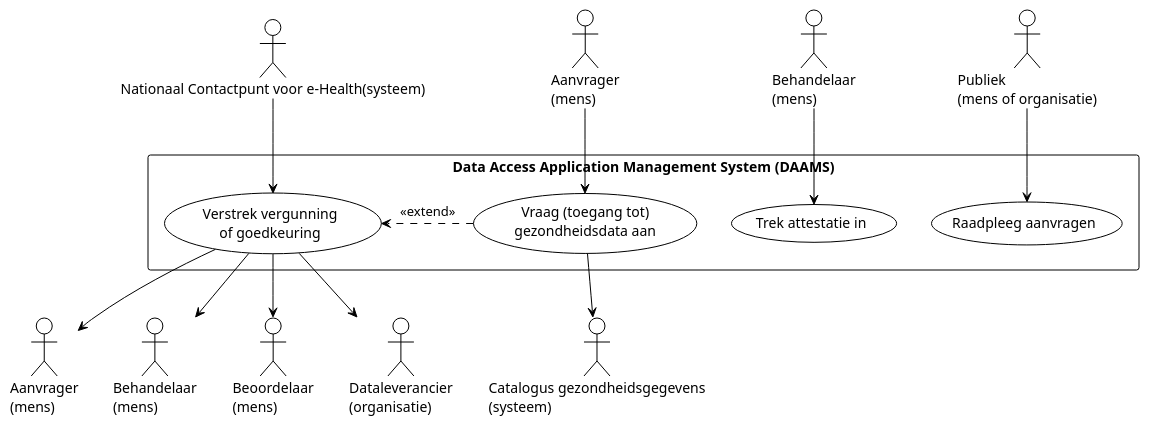
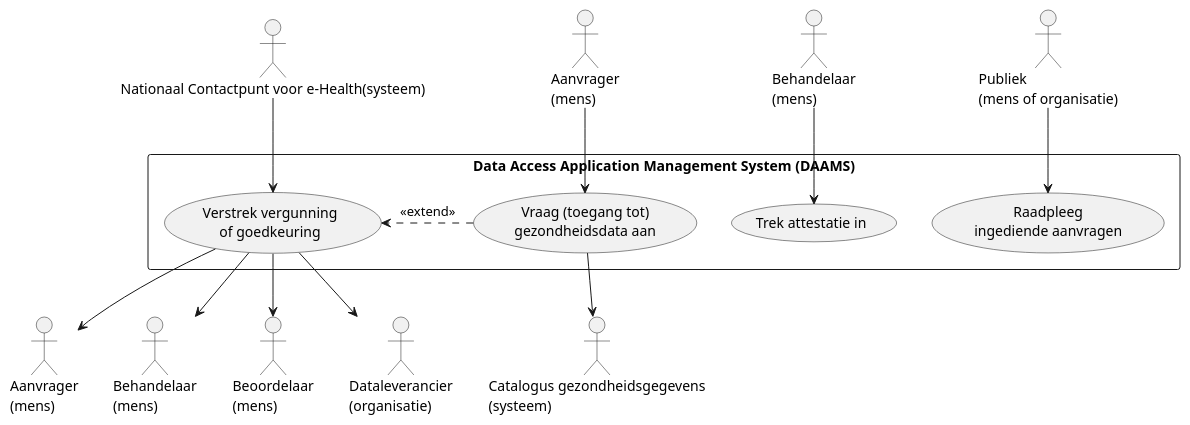
One commit to Health-RI/data-station-specification changed the first of 2 diagrams in docs/architectuur/aanvragen.md. Above: the diagram before and after it, drawn with PlantUML. The commit also changed other lines of this file and 2 other files, not shown here.

````diff
--- a/docs/architectuur/aanvragen.md
+++ b/docs/architectuur/aanvragen.md
@@ -26,36 +26,35 @@
 ```puml
 @startuml
-!theme plain
 
 actor "Nationaal Contactpunt voor e-Health(systeem)" as MSB
 actor "Aanvrager\n(mens)" as HDA_I
 actor "Aanvrager\n(mens)" as HDA_O
 actor "Behandelaar\n(mens)" as AC_I
 actor "Behandelaar\n(mens)" as AC_O
 actor "Beoordelaar\n(mens)" as AA
-actor "Dataleverancier\n(organisatie)" as DH
+actor "Dataleverancier\n(organisatie)" as DL
 actor "Catalogus gezondheidsgegevens\n(systeem)" as DC
-actor "Publiek\n(mens of organisatie)" as B
+actor "Publiek\n(mens of organisatie)" as P
 
 rectangle "Data Access Application Management System (DAAMS)" {
   usecase "Vraag (toegang tot)\ngezondheidsdata aan" as UC1
   usecase "Verstrek vergunning\nof goedkeuring" as UC2
   usecase "Trek attestatie in" as UC3
-  usecase "Raadpleeg aanvragen" as UC4
+  usecase "Raadpleeg\ningediende aanvragen" as UC4
 }
 
 HDA_I --> UC1
 MSB --> UC2
 AC_I --> UC3
-B --> UC4
+P --> UC4
 
 UC1 --> DC
-UC2 --> DH
+UC2 --> DL
 UC2 --> AC_O
 UC2 --> AA
 UC2 --> HDA_O
 
 UC1 .> UC2 : << extend >>
 
 @enduml
 ```
````
